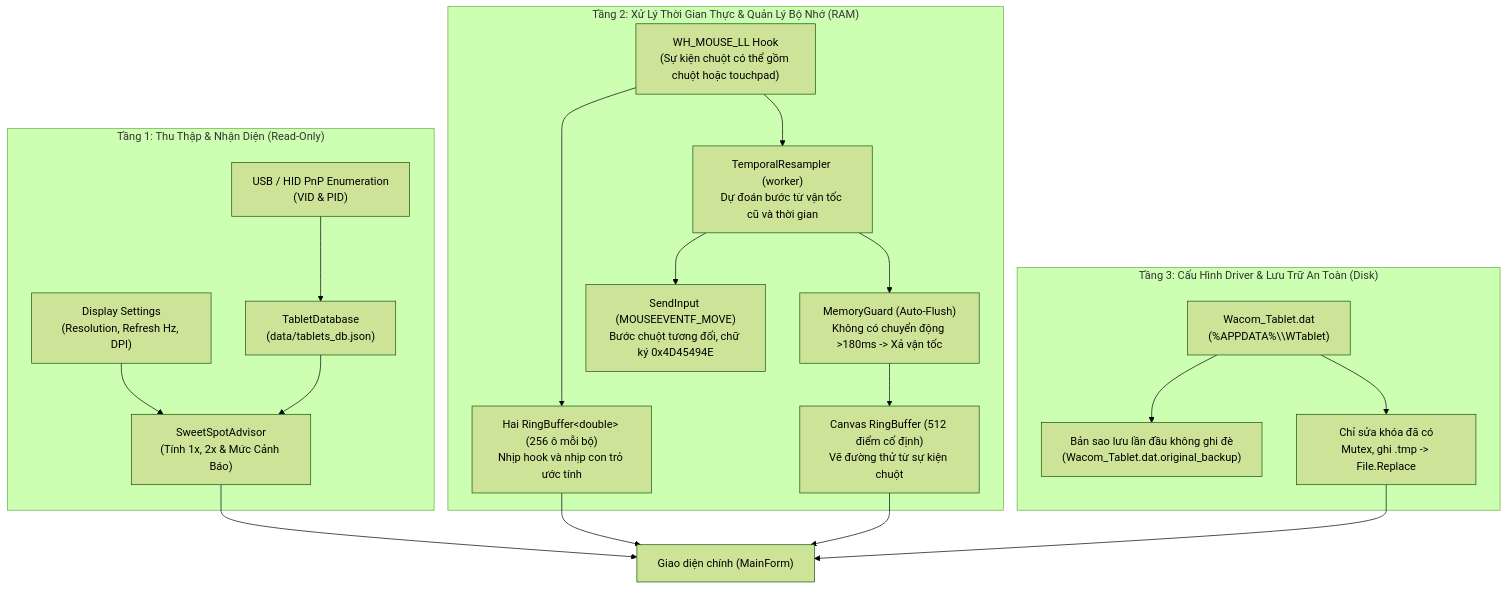
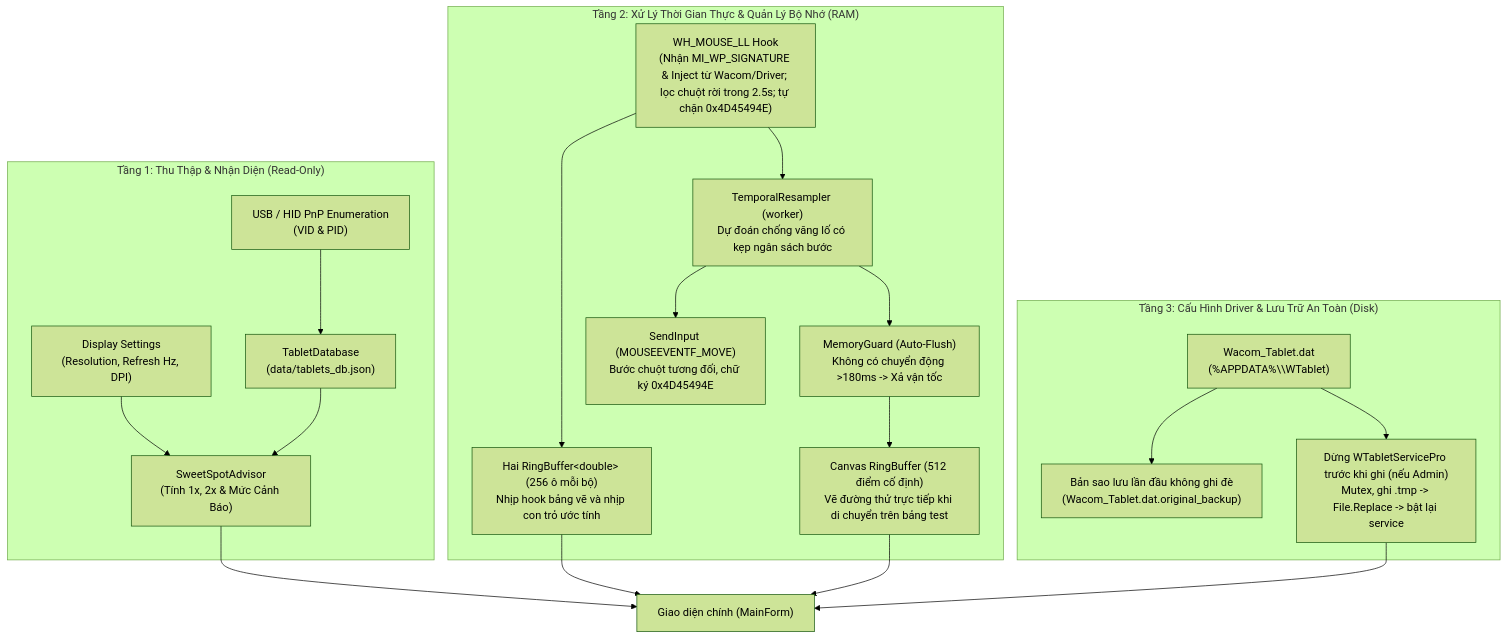
The second of 2 diagrams in MINDMAP.md (Elainabaka/meinya-tablet-booster), drawn with Mermaid (forest theme) before and after one commit. The commit also changed other lines of this file and 6 other files, not shown here.

Commit message:
Fix Wacom pen detection, anti-overshoot smoothing, and service-safe config apply

````diff
--- a/MINDMAP.md
+++ b/MINDMAP.md
@@ -49,26 +49,26 @@
 ```mermaid
 flowchart TD
     subgraph T1["Tầng 1: Thu Thập & Nhận Diện (Read-Only)"]
         A1["USB / HID PnP Enumeration<br/>(VID & PID)"] --> B1["TabletDatabase<br/>(data/tablets_db.json)"]
         A2["Display Settings<br/>(Resolution, Refresh Hz, DPI)"] --> B2["SweetSpotAdvisor<br/>(Tính 1x, 2x & Mức Cảnh Báo)"]
         B1 --> B2
     end
 
     subgraph T2["Tầng 2: Xử Lý Thời Gian Thực & Quản Lý Bộ Nhớ (RAM)"]
-        C1["WH_MOUSE_LL Hook<br/>(Sự kiện chuột có thể gồm chuột hoặc touchpad)"] --> C2["Hai RingBuffer&lt;double&gt; (256 ô mỗi bộ)<br/>Nhịp hook và nhịp con trỏ ước tính"]
-        C1 --> C3["TemporalResampler (worker)<br/>Dự đoán bước từ vận tốc cũ và thời gian"]
+        C1["WH_MOUSE_LL Hook<br/>(Nhận MI_WP_SIGNATURE & Inject từ Wacom/Driver; lọc chuột rời trong 2.5s; tự chặn 0x4D45494E)"] --> C2["Hai RingBuffer&lt;double&gt; (256 ô mỗi bộ)<br/>Nhịp hook bảng vẽ và nhịp con trỏ ước tính"]
+        C1 --> C3["TemporalResampler (worker)<br/>Dự đoán chống văng lố có kẹp ngân sách bước"]
         C3 --> C4["MemoryGuard (Auto-Flush)<br/>Không có chuyển động >180ms -> Xả vận tốc"]
         C3 --> C5["SendInput (MOUSEEVENTF_MOVE)<br/>Bước chuột tương đối, chữ ký 0x4D45494E"]
-        C4 --> C6["Canvas RingBuffer (512 điểm cố định)<br/>Vẽ đường thử từ sự kiện chuột"]
+        C4 --> C6["Canvas RingBuffer (512 điểm cố định)<br/>Vẽ đường thử trực tiếp khi di chuyển trên bảng test"]
     end
 
     subgraph T3["Tầng 3: Cấu Hình Driver & Lưu Trữ An Toàn (Disk)"]
         D1["Wacom_Tablet.dat<br/>(%APPDATA%\\WTablet)"] --> D2["Bản sao lưu lần đầu không ghi đè<br/>(Wacom_Tablet.dat.original_backup)"]
-        D1 --> D3["Chỉ sửa khóa đã có<br/>Mutex, ghi .tmp -> File.Replace"]
+        D1 --> D3["Dừng WTabletServicePro trước khi ghi (nếu Admin)<br/>Mutex, ghi .tmp -> File.Replace -> bật lại service"]
     end
 
     B2 --> UI["Giao diện chính (MainForm)"]
     C2 --> UI
     C6 --> UI
     D3 --> UI
 ```
````
